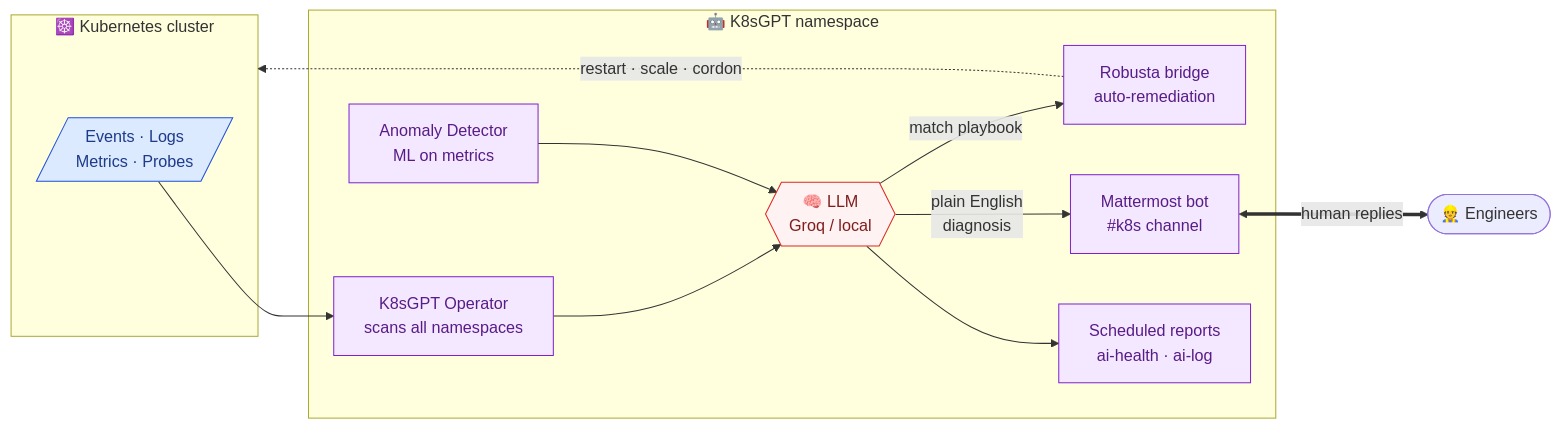
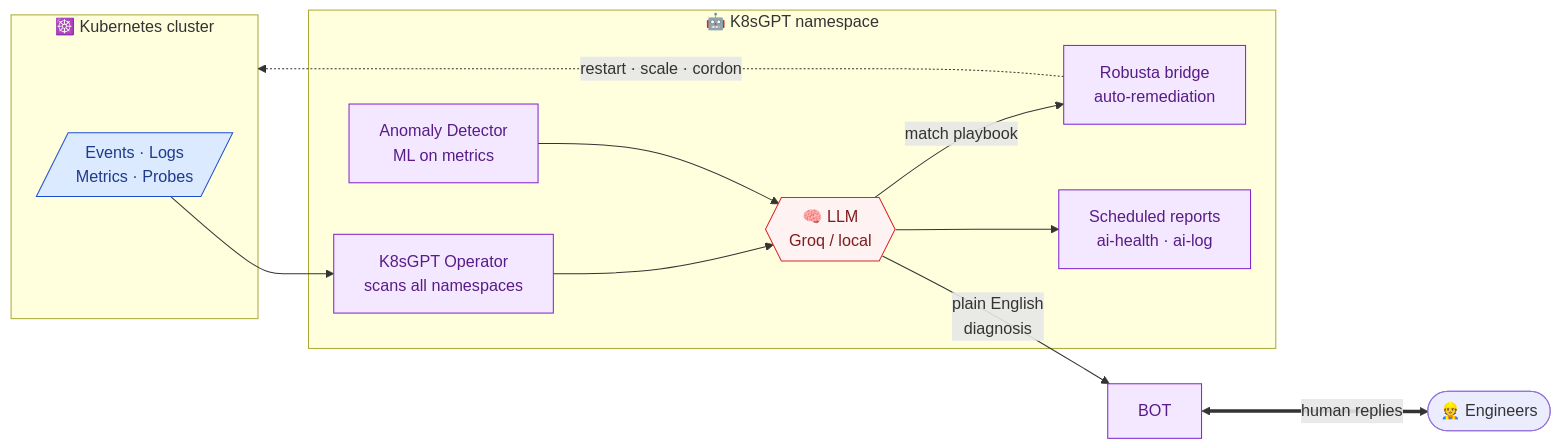
One commit to ondrejnr/aiot-platform changed the first of 5 diagrams in README.md. Above: the diagram before and after it, drawn with Mermaid. The commit also changed other lines of this file and 100 other files, not shown here.

````diff
--- a/README.md
+++ b/README.md
@@ -39,31 +38,30 @@
 ```mermaid
 flowchart LR
     subgraph K8S["☸️ Kubernetes cluster"]
         EV[/"Events · Logs<br/>Metrics · Probes"/]
     end
 
     EV --> OP
     subgraph K8SGPT["🤖 K8sGPT namespace"]
         OP["K8sGPT Operator<br/>scans all namespaces"]
         AN["Anomaly Detector<br/>ML on metrics"]
         LLM{{"🧠 LLM<br/>Groq / local"}}
         BR["Robusta bridge<br/>auto-remediation"]
-        BOT["Mattermost bot<br/>#k8s channel"]
         RPT["Scheduled reports<br/>ai-health · ai-log"]
     end
 
     OP --> LLM
     AN --> LLM
     LLM -->|plain English<br/>diagnosis| BOT
     LLM -->|match playbook| BR
     LLM --> RPT
     BR -.restart · scale · cordon.-> K8S
     BOT <==>|human replies| ENG(["👷 Engineers"])
 
     classDef k8s fill:#dbeafe,stroke:#1d4ed8,color:#1e3a8a
     classDef gpt fill:#f3e8ff,stroke:#7e22ce,color:#581c87
     classDef llm fill:#fef2f2,stroke:#dc2626,color:#7f1d1d
     class EV k8s
     class OP,AN,BR,BOT,RPT gpt
     class LLM llm
 ```
````
